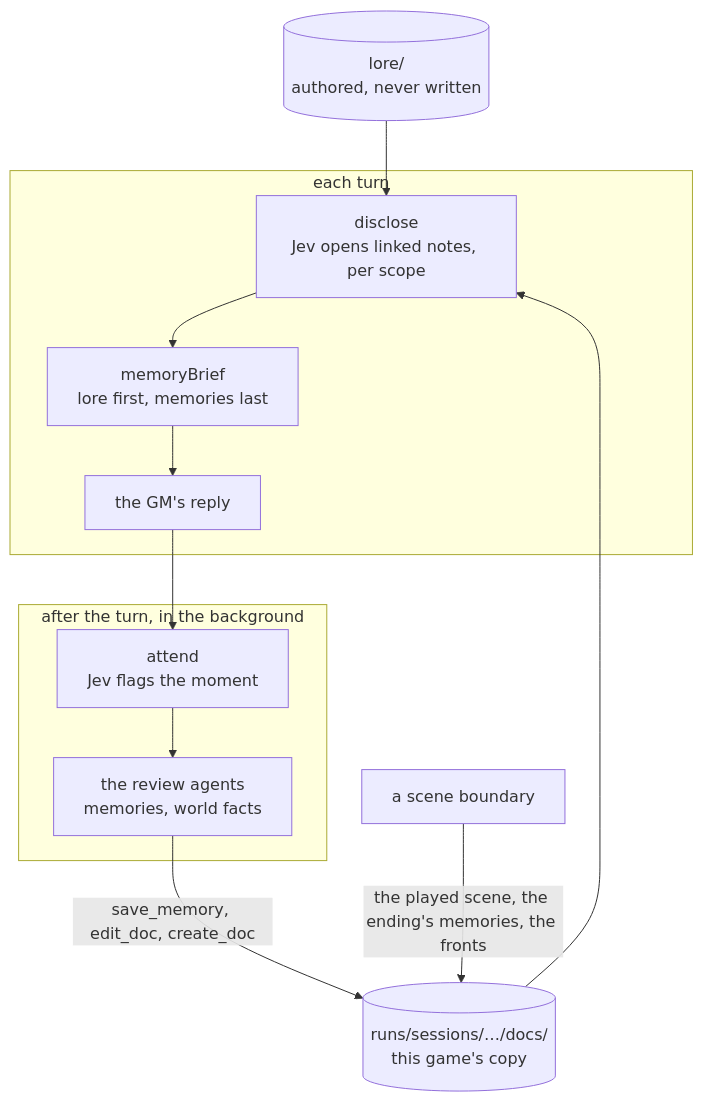
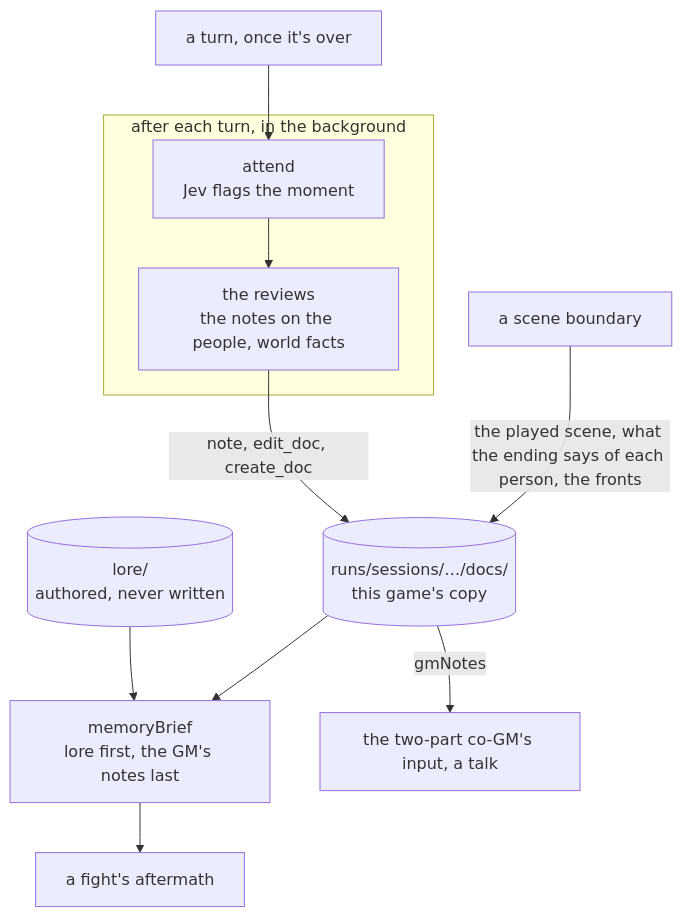
One commit to Tatskaari/kingmaker changed the diagram in ai/docs/README.md. Above: the diagram before and after it, drawn with Mermaid. The commit also changed other lines of this file and 430 other files, not shown here.

````diff
--- a/ai/docs/README.md
+++ b/ai/docs/README.md
@@ -52,14 +49,13 @@
 ```mermaid
 flowchart TB
-  seed[("lore/<br/>authored, never written")] --> disclose
-  overlay[("runs/sessions/…/docs/<br/>this game's copy")] --> disclose
-  subgraph turn [each turn]
-    disclose["disclose<br/>Jev opens linked notes, per scope"] --> brief["memoryBrief<br/>lore first, memories last"] --> reply["the GM's reply"]
+  seed[("lore/<br/>authored, never written")] --> brief
+  overlay[("runs/sessions/…/docs/<br/>this game's copy")] --> brief
+  brief["memoryBrief<br/>lore first, the GM's notes last"] --> reply["a fight's aftermath"]
+  subgraph later [after each turn, in the background]
+    attend["attend<br/>Jev flags the moment"] --> agents["the reviews<br/>the notes on the people, world facts"]
   end
-  subgraph later [after the turn, in the background]
-    attend["attend<br/>Jev flags the moment"] --> agents["the review agents<br/>memories, world facts"]
-  end
-  reply --> attend
-  agents -->|"save_memory, edit_doc, create_doc"| overlay
-  boundary["a scene boundary"] -->|"the played scene, the ending's memories, the fronts"| overlay
+  turn["a turn, once it's over"] --> attend
+  agents -->|"note, edit_doc, create_doc"| overlay
+  boundary["a scene boundary"] -->|"the played scene, what the ending says of each person, the fronts"| overlay
+  overlay -->|"gmNotes"| cogm["the two-part co-GM's input, a talk"]
 ```
````
